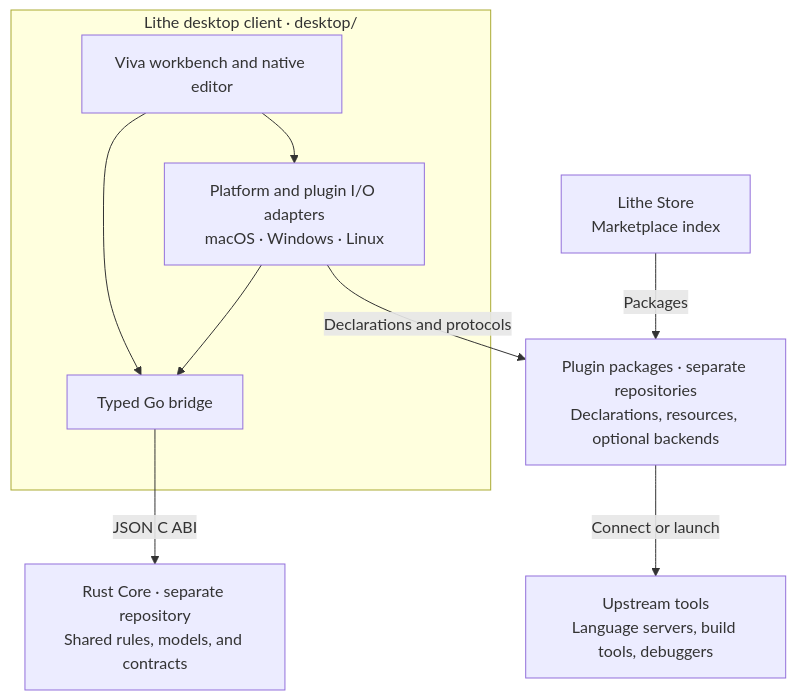
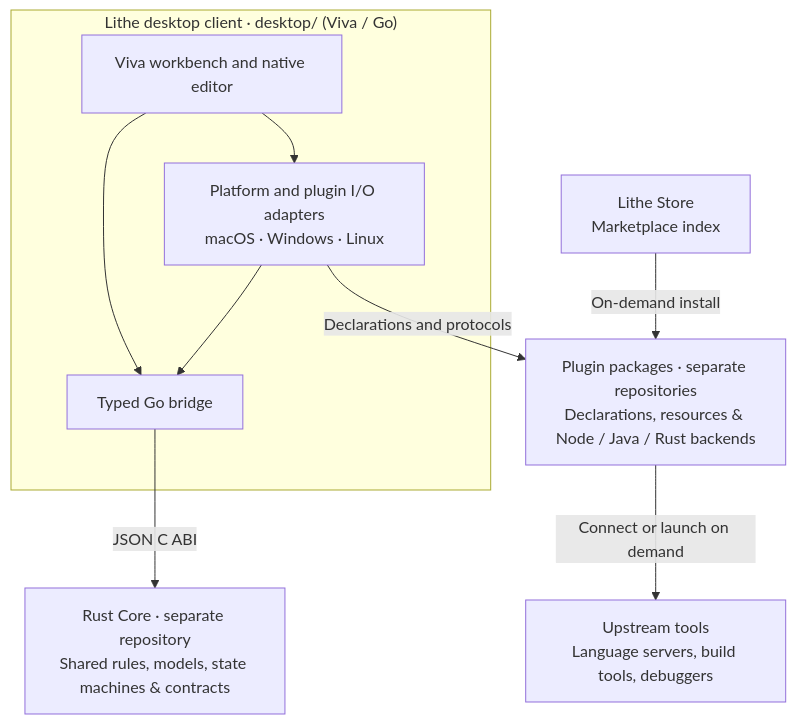
One commit to 1lck/Lithe-IDEA changed the diagram in README.md. Above: the diagram before and after it, drawn with Mermaid. The commit also changed other lines of this file and 1 other file, not shown here.

Commit message:
docs: 重构并精简 README，突出 Viva + Rust Core 架构与最新基准数据

````diff
--- a/README.md
+++ b/README.md
@@ -202,24 +82,24 @@
 ```mermaid
 flowchart TB
     accTitle: Lithe desktop architecture and plugin boundaries
     accDescr: The Viva client calls Rust Core through a Go bridge and uses native adapters to connect independently distributed plugins and upstream tools.
 
-    subgraph desktop_client["Lithe desktop client · desktop/"]
+    subgraph desktop_client["Lithe desktop client · desktop/ (Viva / Go)"]
         workbench["Viva workbench and native editor"]
         core_bridge["Typed Go bridge"]
         native_adapters["Platform and plugin I/O adapters<br/>macOS · Windows · Linux"]
         workbench --> core_bridge
         workbench --> native_adapters
         native_adapters --> core_bridge
     end
 
-    rust_core["Rust Core · separate repository<br/>Shared rules, models, and contracts"]
+    rust_core["Rust Core · separate repository<br/>Shared rules, models, state machines & contracts"]
     marketplace["Lithe Store<br/>Marketplace index"]
-    plugin_packages["Plugin packages · separate repositories<br/>Declarations, resources, optional backends"]
+    plugin_packages["Plugin packages · separate repositories<br/>Declarations, resources & Node / Java / Rust backends"]
     upstream_tools["Upstream tools<br/>Language servers, build tools, debuggers"]
 
     core_bridge -->|JSON C ABI| rust_core
-    marketplace -->|Packages| plugin_packages
+    marketplace -->|On-demand install| plugin_packages
     native_adapters -->|Declarations and protocols| plugin_packages
-    plugin_packages -->|Connect or launch| upstream_tools
+    plugin_packages -->|Connect or launch on demand| upstream_tools
 ```
````
